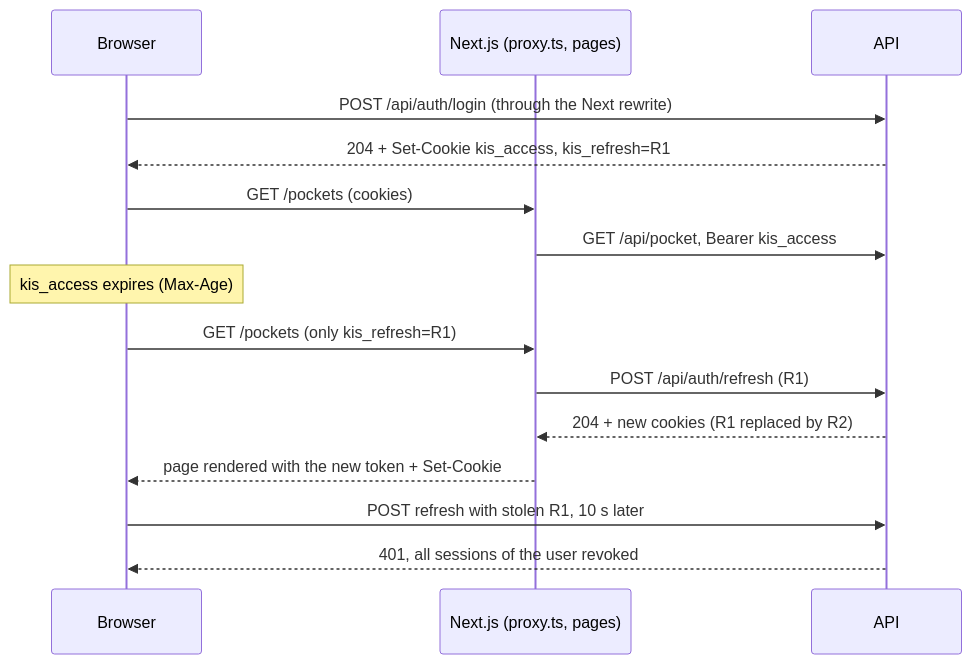
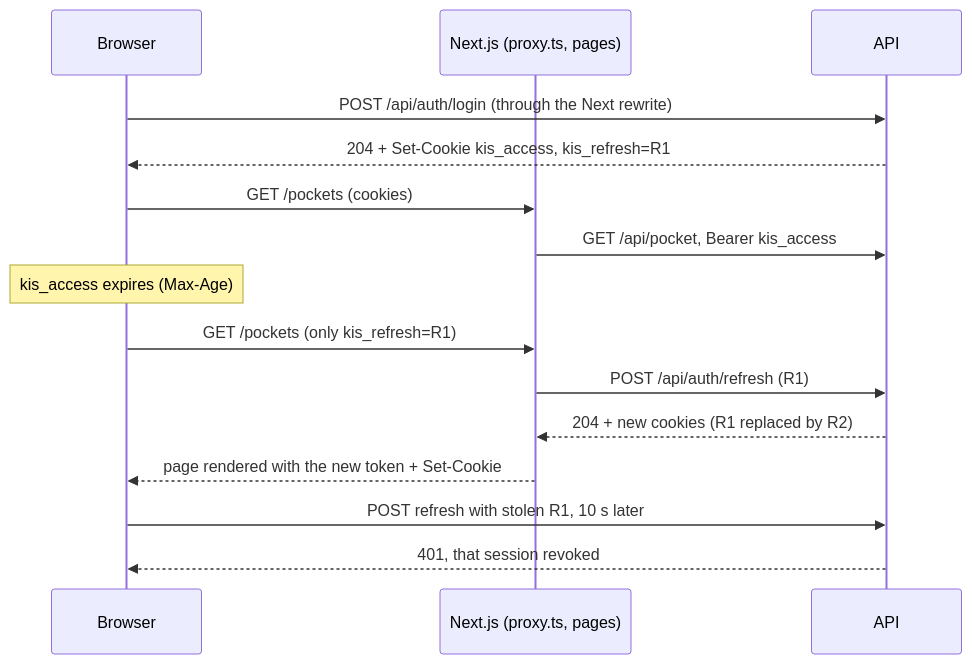
One commit to NotThaDev/KeepItSimple changed the diagram in backend/docs/Accounts.md. Above: the diagram before and after it, drawn with Mermaid. The commit also changed other lines of this file and 10 other files, not shown here.

Commit message:
Enforce user sessions on every request; allow several sessions per user (#149)

````diff
--- a/backend/docs/Accounts.md
+++ b/backend/docs/Accounts.md
@@ -33,17 +32,17 @@
 ```mermaid
 sequenceDiagram
   participant Browser
   participant Next as Next.js (proxy.ts, pages)
   participant API
   Browser->>API: POST /api/auth/login (through the Next rewrite)
   API-->>Browser: 204 + Set-Cookie kis_access, kis_refresh=R1
   Browser->>Next: GET /pockets (cookies)
   Next->>API: GET /api/pocket, Bearer kis_access
   Note over Browser: kis_access expires (Max-Age)
   Browser->>Next: GET /pockets (only kis_refresh=R1)
   Next->>API: POST /api/auth/refresh (R1)
   API-->>Next: 204 + new cookies (R1 replaced by R2)
   Next-->>Browser: page rendered with the new token + Set-Cookie
   Browser->>API: POST refresh with stolen R1, 10 s later
-  API-->>Browser: 401, all sessions of the user revoked
+  API-->>Browser: 401, that session revoked
 ```
````
